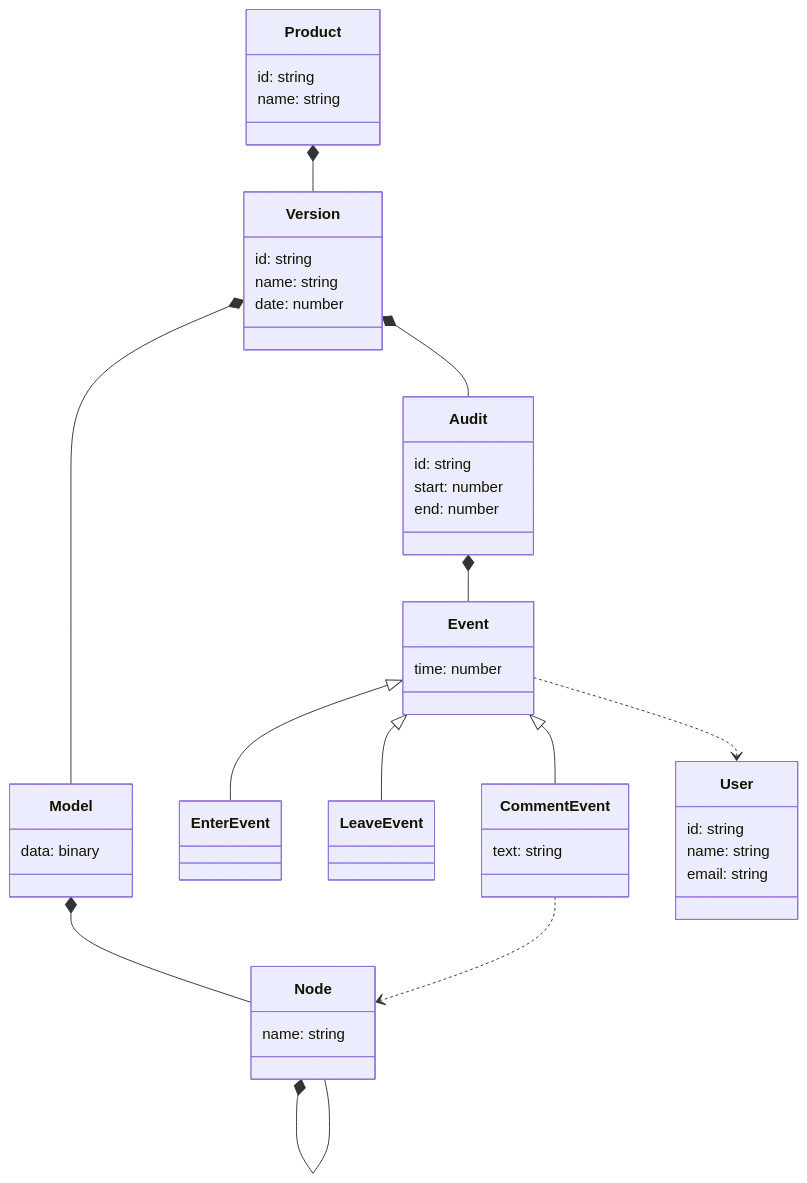
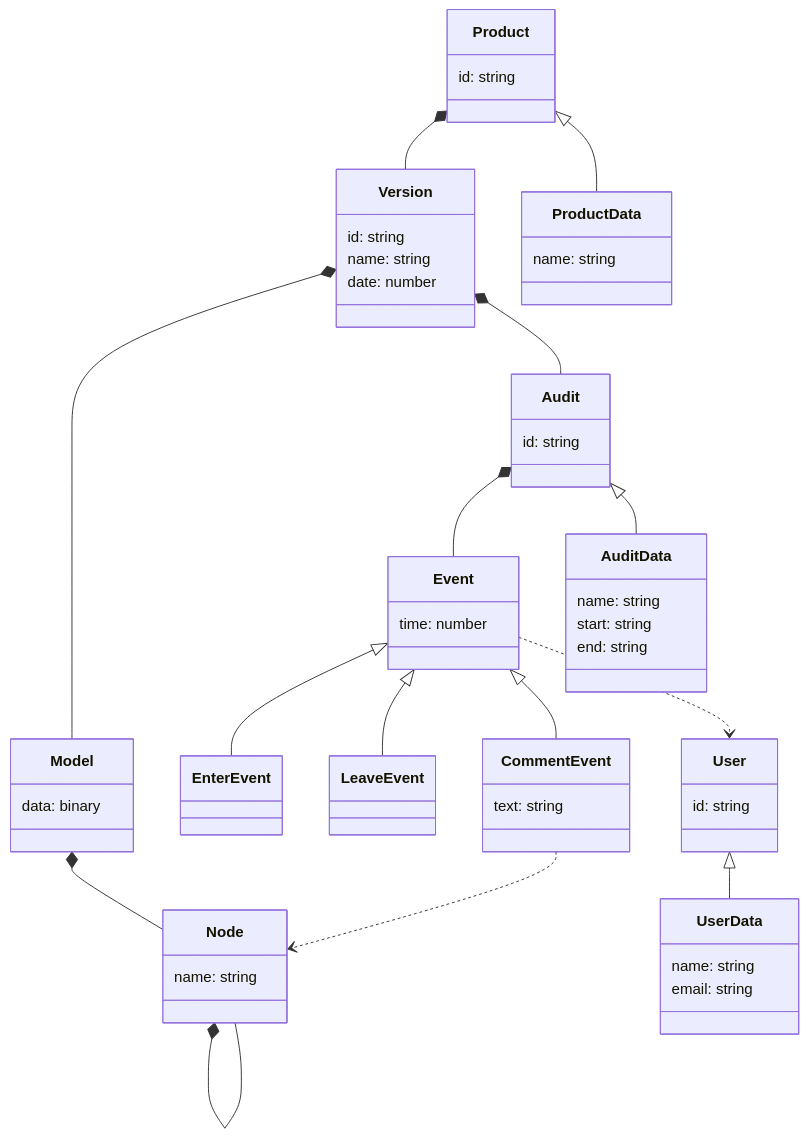
The second of 2 diagrams in README.md (ghackenberg/caddrive), drawn with Mermaid before and after one commit. The commit also changed 23 other files, not shown here.

Commit message:
Implemented product, audit and version editing

````diff
--- a/README.md
+++ b/README.md
@@ -80,51 +80,61 @@
 ```mermaid
 classDiagram
     class User {
         id: string
+    }
+    class UserData {
         name: string
         email: string
     }
     class Product {
         id: string
+    }
+    class ProductData {
         name: string
     }
     class Version {
         id: string
         name: string
         date: number
     }
     class Model {
         data: binary
     }
     class Node {
         name: string
     }
     class Audit {
         id: string
-        start: number
-        end: number
+    }
+    class AuditData {
+        name: string
+        start: string
+        end: string
     }
     class Event {
         time: number
     }
     class CommentEvent {
         text: string
     }
     class EnterEvent {
 
     }
     class LeaveEvent {
 
     }
     Product *-- Version
+    Product <|-- ProductData
     Version *-- Model
     Version *-- Audit
     Model *-- Node
     Node *-- Node
     Audit *-- Event
+    Audit <|-- AuditData
     Event <|-- EnterEvent
     Event <|-- LeaveEvent
     Event <|-- CommentEvent
     Event ..> User
+    User <|-- UserData
     CommentEvent ..> Node
 ```
````
